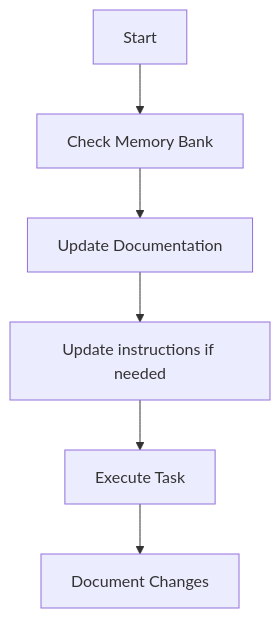
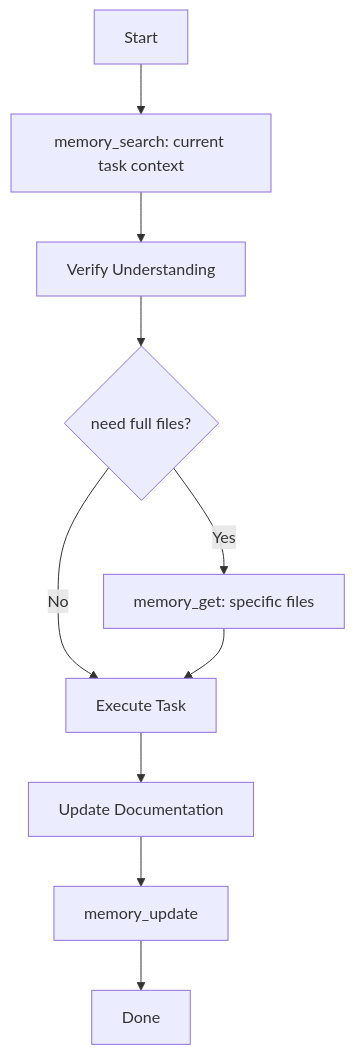
The third of 6 diagrams in .agents/instructions/memory-bank.instructions.md (abarcenas29/ai-workflow-template), drawn with Mermaid before and after one commit. The commit also changed other lines of this file and 28 other files, not shown here.

Commit message:
Add vector based memory bank

````diff
--- a/.agents/instructions/memory-bank.instructions.md
+++ b/.agents/instructions/memory-bank.instructions.md
@@ -120,8 +167,12 @@
 ```mermaid
 flowchart TD
-    Start[Start] --> Context[Check Memory Bank]
-    Context --> Update[Update Documentation]
-    Update --> Rules[Update instructions if needed]
-    Rules --> Execute[Execute Task]
-    Execute --> Document[Document Changes]
+    Start[Start] --> Context[memory_search: current task context]
+    Context --> Verify[Verify Understanding]
+    Verify --> ReadFiles{need full files?}
+    ReadFiles -->|Yes| GetFull[memory_get: specific files]
+    ReadFiles -->|No| Execute[Execute Task]
+    GetFull --> Execute
+    Execute --> Update[Update Documentation]
+    Update --> UpdateIndex[memory_update]
+    UpdateIndex --> Done[Done]
 ```
````
